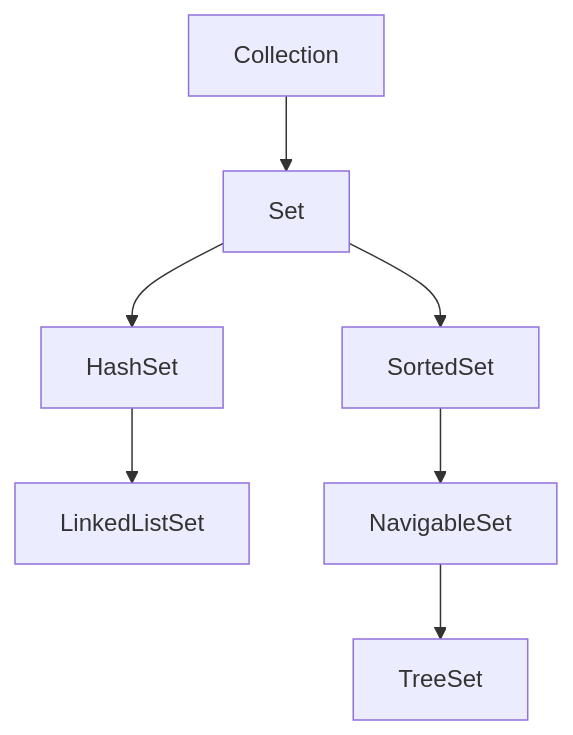
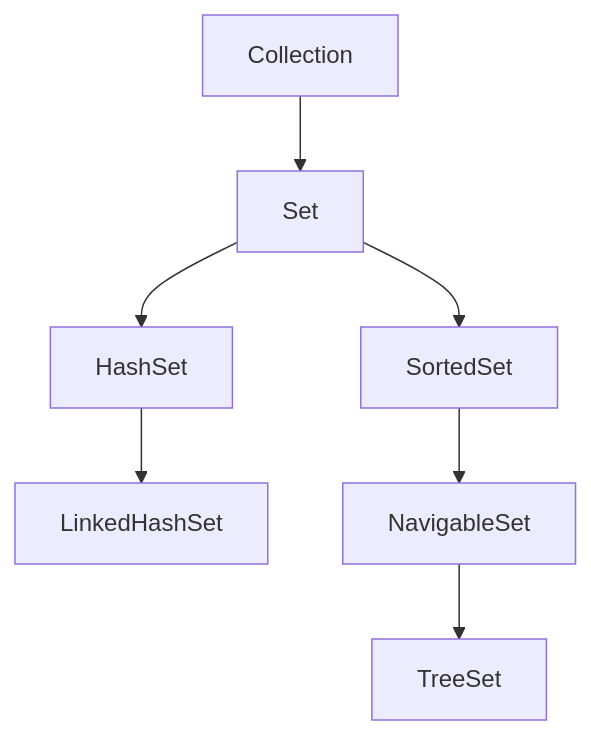
Before and after one commit to AvinandanBose/Java-Collection-Framework-and-Java-Set: the first of 4 diagrams in README.md, drawn with Mermaid.

````diff
--- a/README.md
+++ b/README.md
@@ -67,10 +67,10 @@
 ```mermaid
 graph TD;
     Collection-->Set;
     Set-->HashSet;
     Set-->SortedSet;
-    HashSet-->LinkedListSet;
+    HashSet-->LinkedHashSet;
     SortedSet-->NavigableSet;
     NavigableSet-->TreeSet;
     
 ```
````
